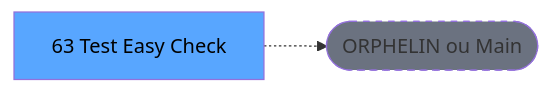
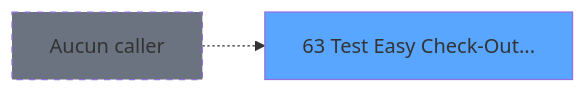
One commit to thonyAGP/magic-migration changed the second of 3 diagrams in .openspec/specs/ADH-IDE-63.md. Above: the diagram before and after it, drawn with Mermaid. The commit also changed other lines of this file and 493 other files, not shown here.

````diff
--- a/.openspec/specs/ADH-IDE-63.md
+++ b/.openspec/specs/ADH-IDE-63.md
@@ -128,8 +224,8 @@
 ```mermaid
 graph LR
-    T[63 Test Easy Check]
-    ORPHAN([ORPHELIN ou Main])
-    T -.-> ORPHAN
-    style T fill:#58a6ff,color:#000
-    style ORPHAN fill:#6b7280,stroke-dasharray: 5 5
+    T63[63 Test Easy Check-Out...]
+    style T63 fill:#58a6ff
+    NONE[Aucun caller]
+    NONE -.-> T63
+    style NONE fill:#6b7280,stroke-dasharray: 5 5
 ```
````
